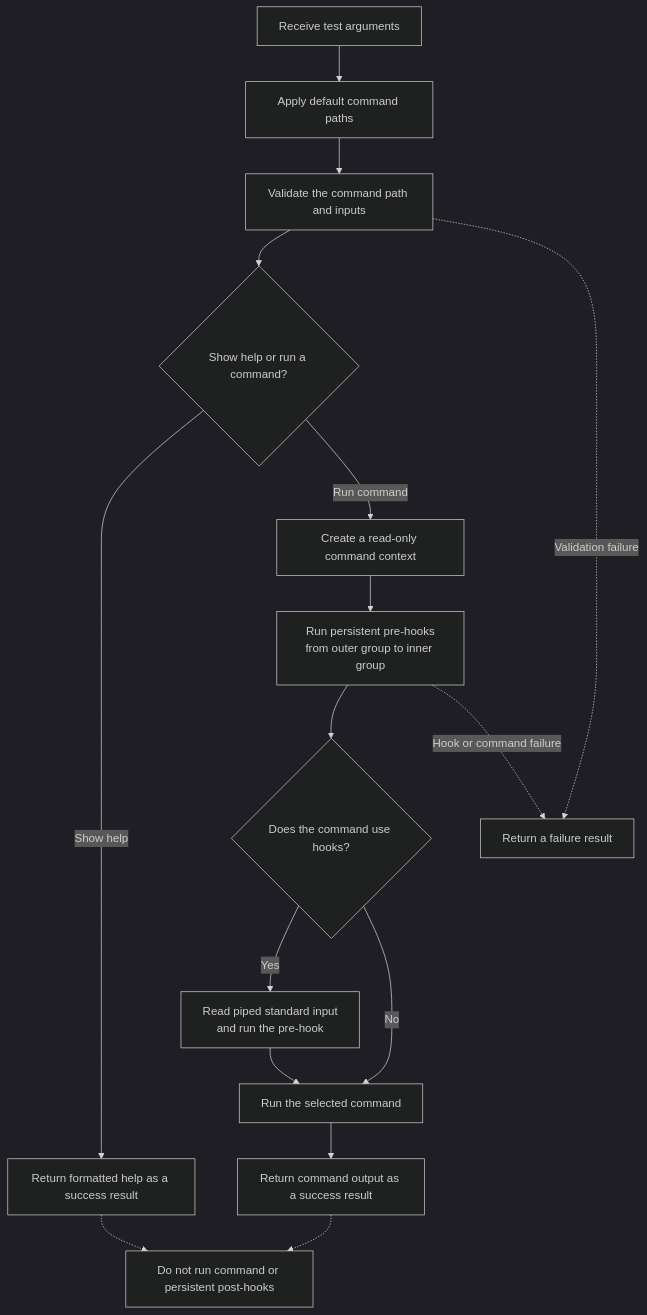
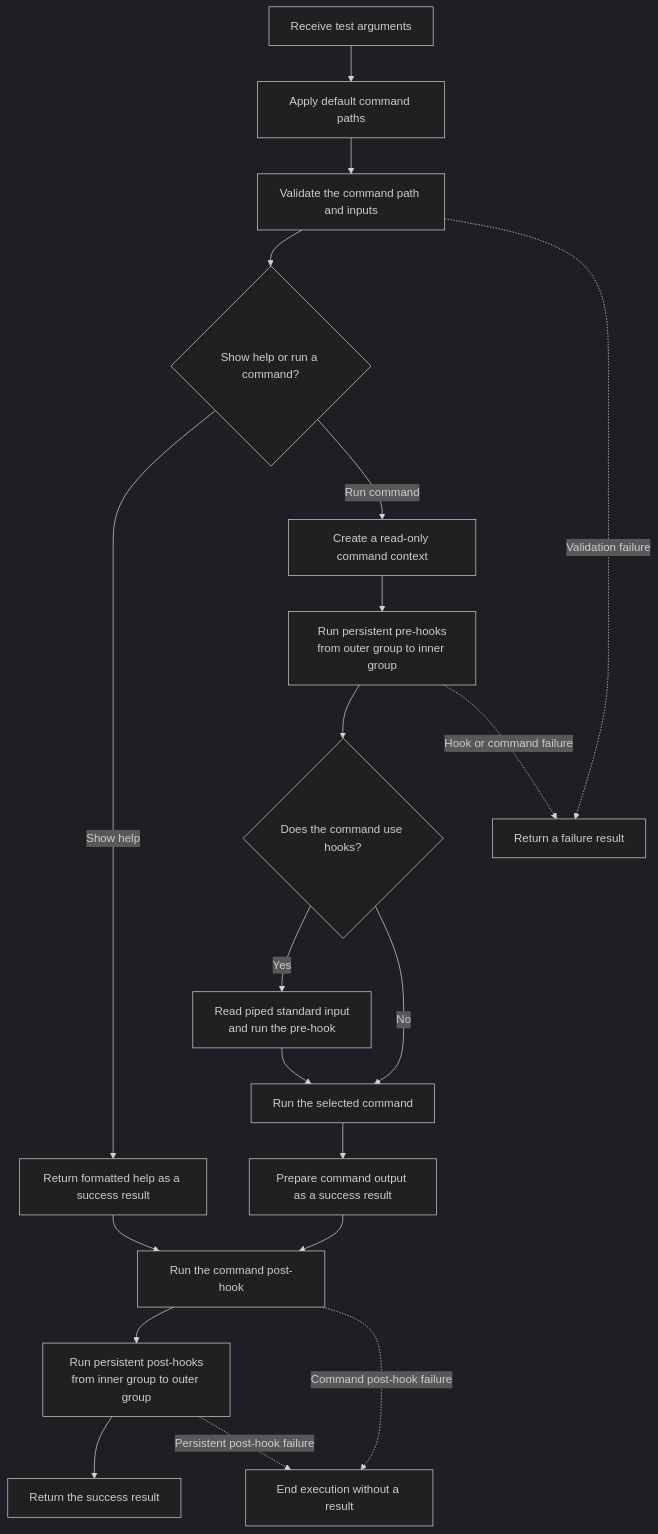
One commit to louiss0/mamba changed the second of 2 diagrams in docs/src/content/docs/guides/executor.md. Above: the diagram before and after it, drawn with Mermaid (dark theme). The commit also changed other lines of this file, not shown here.

Commit message:
docs(executor): document fake post-hook execution

````diff
--- a/docs/src/content/docs/guides/executor.md
+++ b/docs/src/content/docs/guides/executor.md
@@ -42,22 +43,24 @@
 ```mermaid
 flowchart TD
     A["Receive test arguments"] --> B["Apply default command paths"]
     B --> C["Validate the command path and inputs"]
     C --> D{"Show help or run a command?"}
 
     D -->|Show help| E["Return formatted help as a success result"]
     D -->|Run command| F["Create a read-only command context"]
     F --> G["Run persistent pre-hooks<br/>from outer group to inner group"]
     G --> H{"Does the command use hooks?"}
     H -->|Yes| I["Read piped standard input<br/>and run the pre-hook"]
     H -->|No| J["Run the selected command"]
     I --> J
-    J --> K["Return command output as a success result"]
+    J --> K["Prepare command output as a success result"]
+    E --> L["Run the command post-hook"]
+    K --> L
+    L --> M["Run persistent post-hooks<br/>from inner group to outer group"]
+    M --> N["Return the success result"]
 
-    C -. "Validation failure" .-> L["Return a failure result"]
-    G -. "Hook or command failure" .-> L
-
-    M["Do not run command or persistent post-hooks"]
-    K -.-> M
-    E -.-> M
+    C -. "Validation failure" .-> O["Return a failure result"]
+    G -. "Hook or command failure" .-> O
+    L -. "Command post-hook failure" .-> P["End execution without a result"]
+    M -. "Persistent post-hook failure" .-> P
 ```
````
